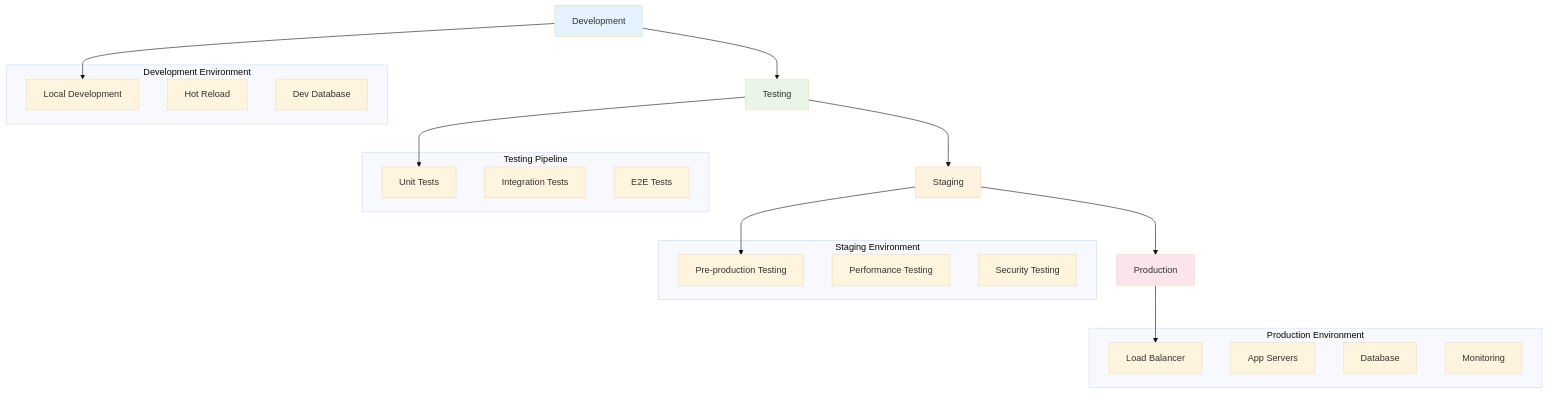
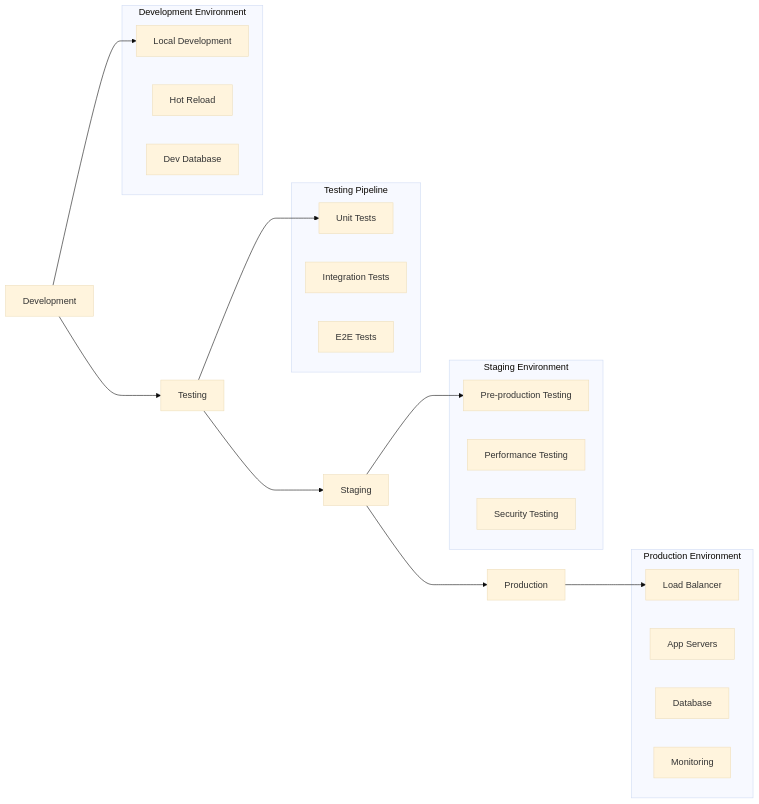
Before and after one commit to karrioapi/karrio: the diagram in apps/web/src/app/docs/platform/app-store/deployment/page.mdx, drawn with Mermaid (base theme). The commit also changed 34 other files, not shown here.

````diff
--- a/apps/web/src/app/docs/platform/app-store/deployment/page.mdx
+++ b/apps/web/src/app/docs/platform/app-store/deployment/page.mdx
@@ -34,41 +34,38 @@
 ```mermaid
-graph TB
+graph LR
     A[Development] --> B[Testing]
     B --> C[Staging]
     C --> D[Production]
 
     subgraph "Development Environment"
         E[Local Development]
         F[Hot Reload]
         G[Dev Database]
     end
 
     subgraph "Testing Pipeline"
         H[Unit Tests]
         I[Integration Tests]
         J[E2E Tests]
     end
 
     subgraph "Staging Environment"
         K[Pre-production Testing]
         L[Performance Testing]
         M[Security Testing]
     end
 
     subgraph "Production Environment"
         N[Load Balancer]
         O[App Servers]
         P[Database]
         Q[Monitoring]
     end
 
     A --> E
     B --> H
     C --> K
     D --> N
 
-    style A fill:#e3f2fd
-    style B fill:#e8f5e8
-    style C fill:#fff3e0
-    style D fill:#fce4ec
+    
 ```
````
